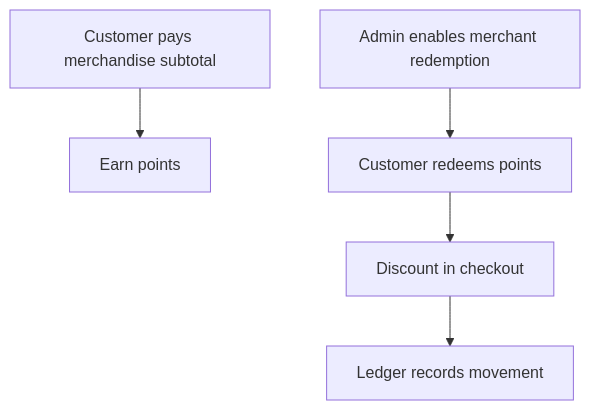
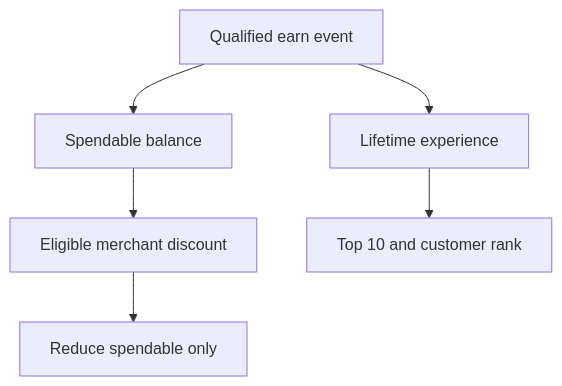
The fifth of 6 diagrams in yalla.halan.docs/PRD.md (ziadelsayed2004/codzhub.projects), drawn with Mermaid before and after one commit. The commit also changed other lines of this file and 1 other file, not shown here.

````diff
--- a/yalla.halan.docs/PRD.md
+++ b/yalla.halan.docs/PRD.md
@@ -914,7 +959,8 @@
 ```mermaid
 flowchart TD
-    A[Customer pays merchandise subtotal] --> B[Earn points]
-    C[Admin enables merchant redemption] --> D[Customer redeems points]
-    D --> E[Discount in checkout]
-    E --> F[Ledger records movement]
+    A[Qualified earn event] --> B[Spendable balance]
+    A --> C[Lifetime experience]
+    B --> D[Eligible merchant discount]
+    D --> E[Reduce spendable only]
+    C --> F[Top 10 and customer rank]
 ```
````
